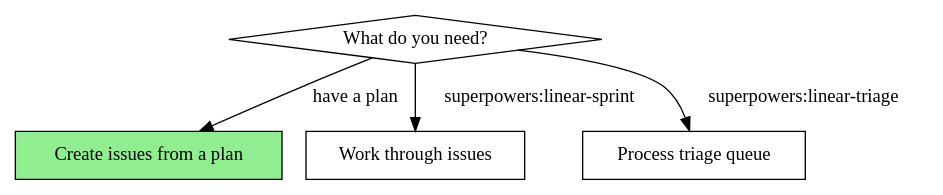
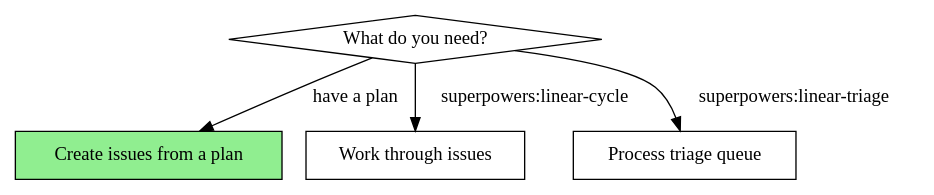
One commit to prokizzle/linear-superpowers changed the first of 2 diagrams in skills/linear-cowork/SKILL.md. Above: the diagram before and after it, drawn with Graphviz. The commit also changed other lines of this file and 4 other files, not shown here.

First line of the commit message:
refactor: Rename linear-sprint to linear-cycle

````diff
--- a/skills/linear-cowork/SKILL.md
+++ b/skills/linear-cowork/SKILL.md
@@ -20,12 +20,12 @@
 ```dot
 digraph when_to_use {
     "What do you need?" [shape=diamond];
     "Create issues from a plan" [shape=box style=filled fillcolor=lightgreen];
     "Work through issues" [shape=box];
     "Process triage queue" [shape=box];
 
     "What do you need?" -> "Create issues from a plan" [label="have a plan"];
-    "What do you need?" -> "Work through issues" [label="superpowers:linear-sprint"];
+    "What do you need?" -> "Work through issues" [label="superpowers:linear-cycle"];
     "What do you need?" -> "Process triage queue" [label="superpowers:linear-triage"];
 }
 ```
````
